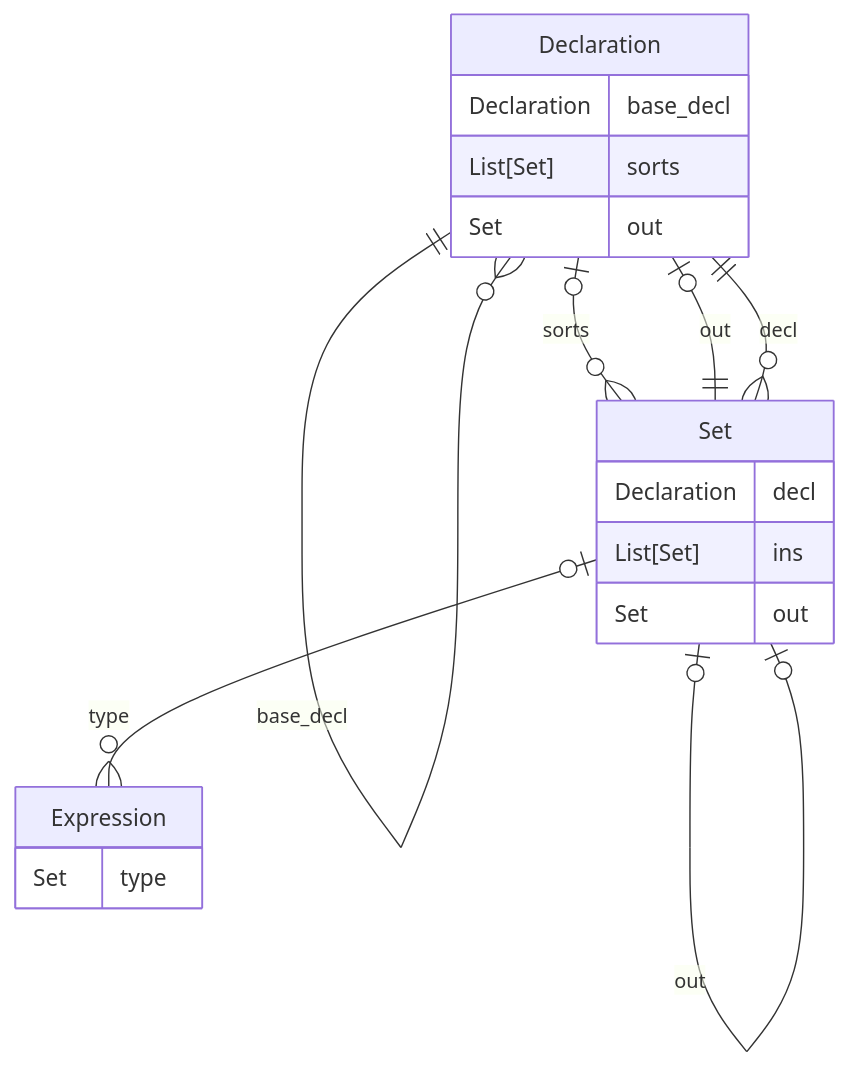
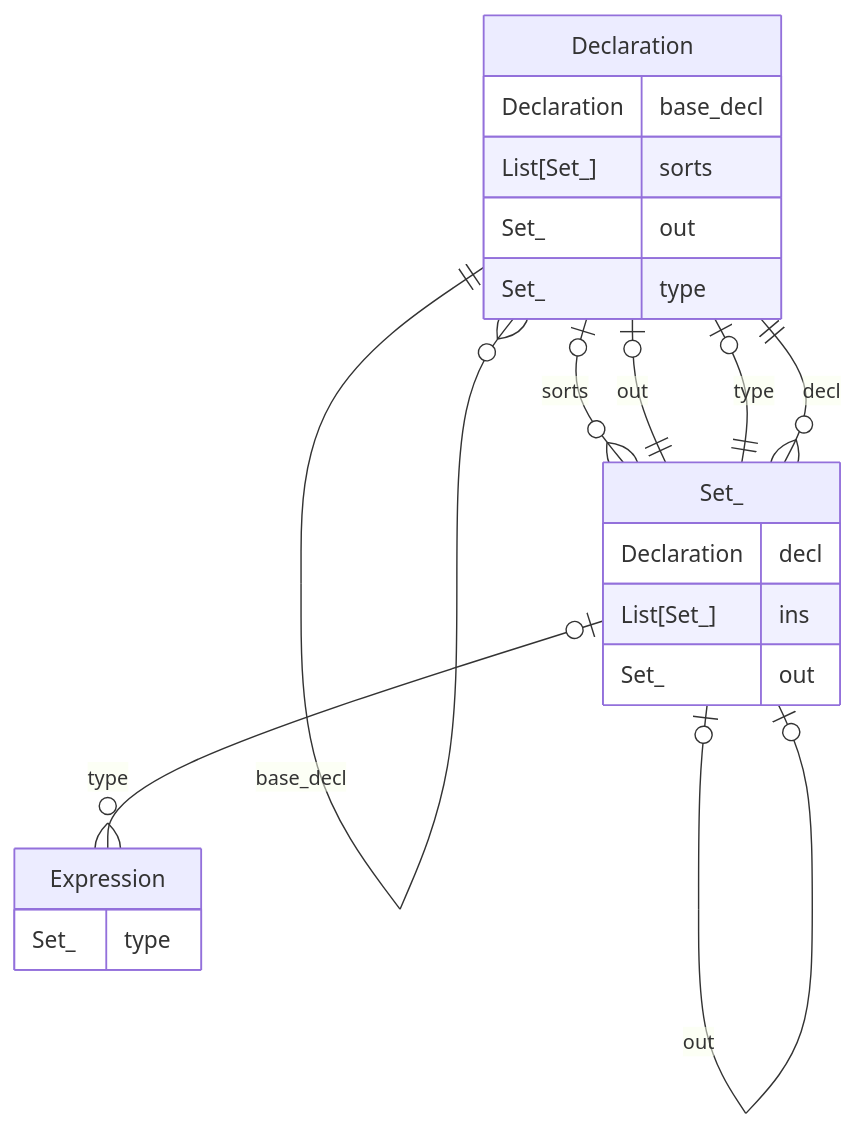
Before and after one commit to Sobhangh/IDP-Z3: the diagram in docs/DataModel.md, drawn with Mermaid. The commit also changed 9 other files, not shown here.

````diff
--- a/docs/DataModel.md
+++ b/docs/DataModel.md
@@ -8,24 +8,26 @@
 ```{mermaid}
 erDiagram
     Declaration ||--o{ Declaration : base_decl
-    Declaration |o--o{ Set : sorts
-    Declaration |o--|| Set: out
-    Set }o--|| Declaration: decl
-    Set |o--o{ Set: ins
-    Set |o--o| Set: out
-    Set |o--o{ Expression: type
+    Declaration |o--o{ Set_ : sorts
+    Declaration |o--|| Set_: out
+    Declaration |o--|| Set_: type
+    Set_ }o--|| Declaration: decl
+    Set_ |o--o{ Set_: ins
+    Set_ |o--o| Set_: out
+    Set_ |o--o{ Expression: type
 
     Declaration {
         Declaration base_decl
-        List[Set] sorts
-        Set out
+        List[Set_] sorts
+        Set_ out
+        Set_ type
     }
-    Set {
+    Set_ {
         Declaration decl
-        List[Set] ins
-        Set out
+        List[Set_] ins
+        Set_ out
     }
     Expression {
-        Set type
+        Set_ type
     }
 ```
````
